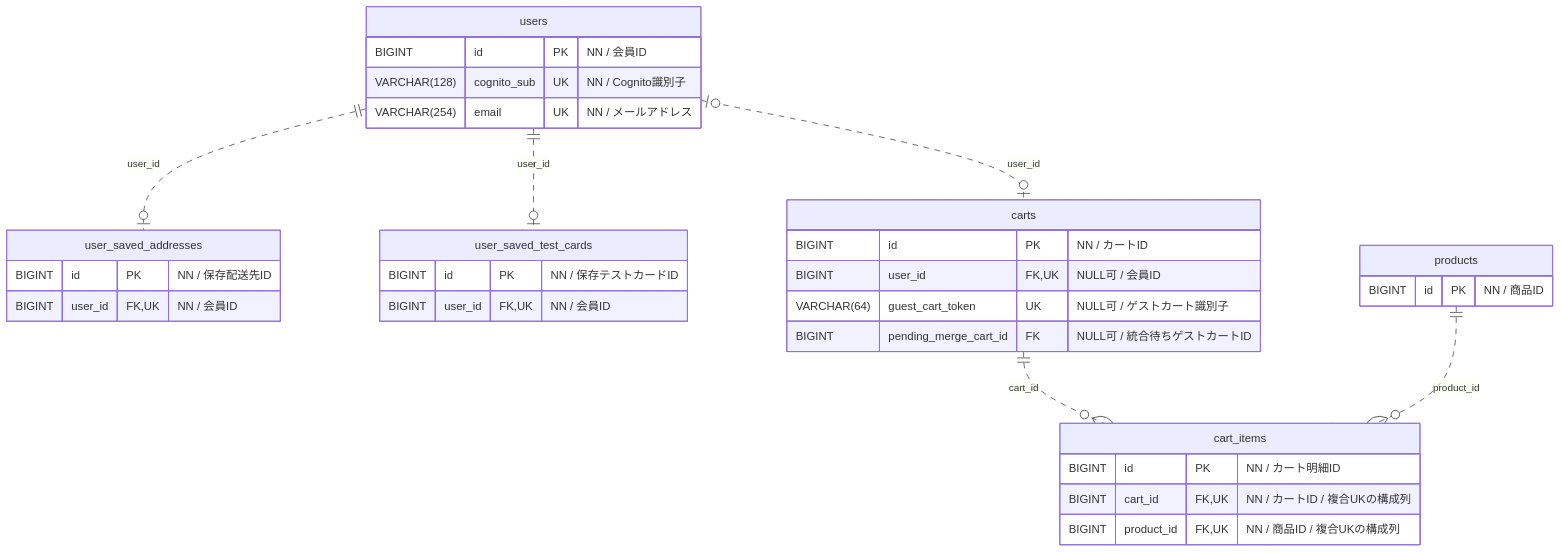
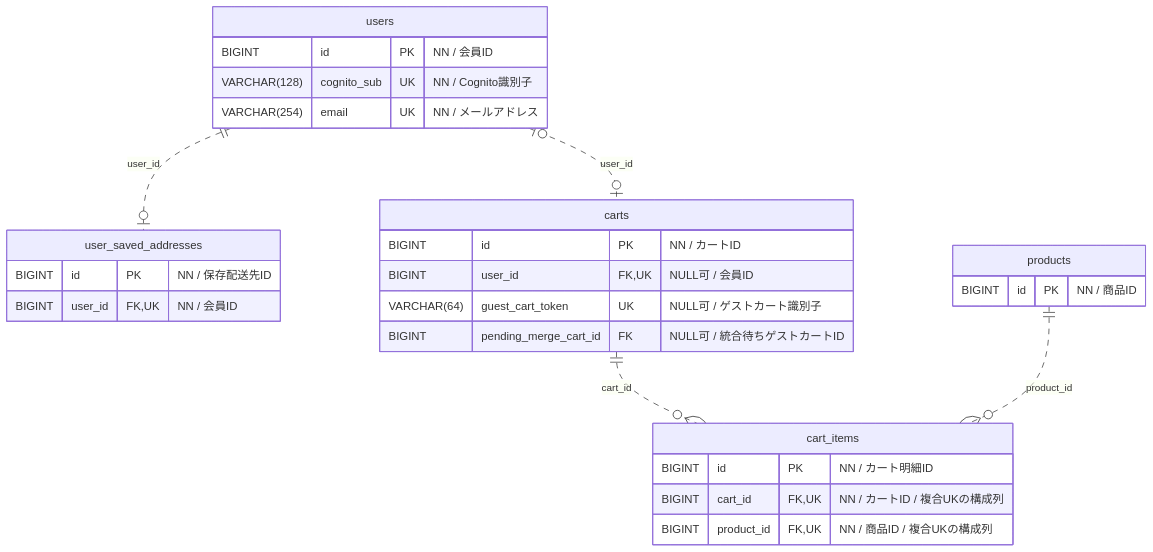
Before and after one commit to shooot223/cloudnative-ec-java: the first of 8 diagrams in docs/db-schema/EC_ER_diagram.md, drawn with Mermaid. The commit also changed other lines of this file and 64 other files, not shown here.

````diff
--- a/docs/db-schema/EC_ER_diagram.md
+++ b/docs/db-schema/EC_ER_diagram.md
@@ -39,36 +42,31 @@
 ```mermaid
 erDiagram
     direction TB
     users {
         BIGINT id PK "NN / 会員ID"
         VARCHAR(128) cognito_sub UK "NN / Cognito識別子"
         VARCHAR(254) email UK "NN / メールアドレス"
     }
     user_saved_addresses {
         BIGINT id PK "NN / 保存配送先ID"
-        BIGINT user_id FK, UK "NN / 会員ID"
-    }
-    user_saved_test_cards {
-        BIGINT id PK "NN / 保存テストカードID"
         BIGINT user_id FK, UK "NN / 会員ID"
     }
     carts {
         BIGINT id PK "NN / カートID"
         BIGINT user_id FK, UK "NULL可 / 会員ID"
         VARCHAR(64) guest_cart_token UK "NULL可 / ゲストカート識別子"
         BIGINT pending_merge_cart_id FK "NULL可 / 統合待ちゲストカートID"
     }
     cart_items {
         BIGINT id PK "NN / カート明細ID"
         BIGINT cart_id FK, UK "NN / カートID / 複合UKの構成列"
         BIGINT product_id FK, UK "NN / 商品ID / 複合UKの構成列"
     }
     products {
         BIGINT id PK "NN / 商品ID"
     }
     users ||..|o user_saved_addresses : "user_id"
-    users ||..|o user_saved_test_cards : "user_id"
     users o|..|o carts : "user_id"
     carts ||..o{ cart_items : "cart_id"
     products ||..o{ cart_items : "product_id"
 ```
````
